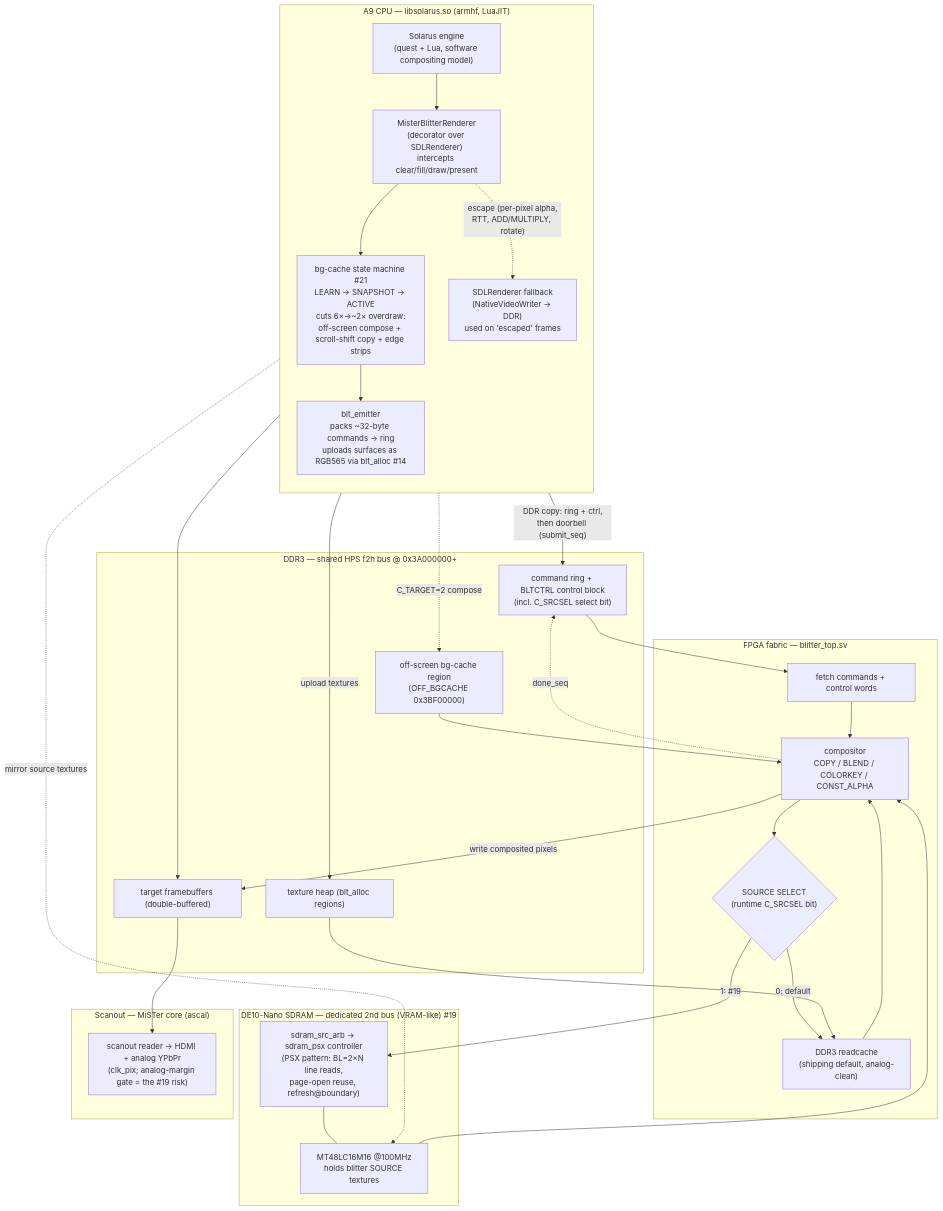
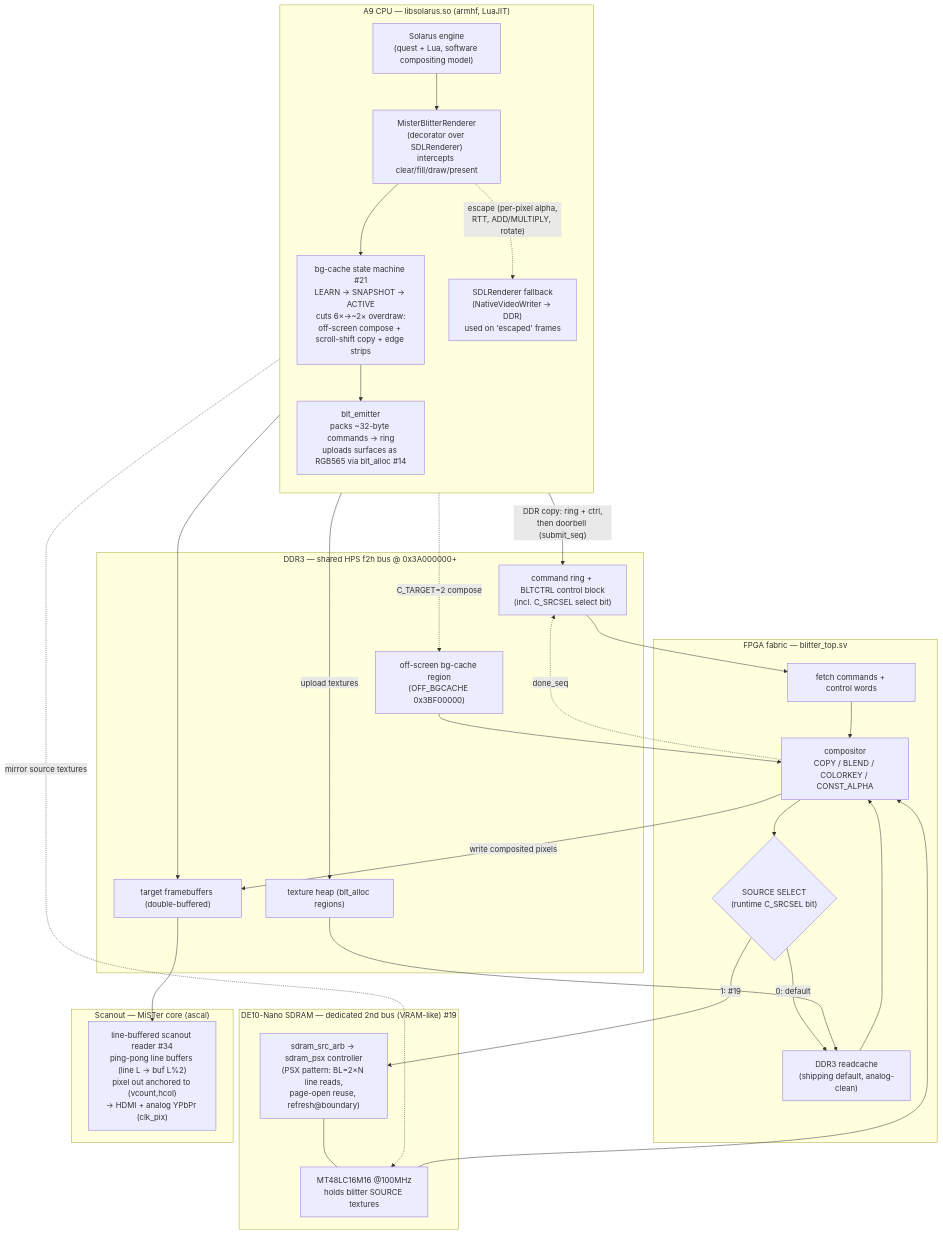
The first of 2 diagrams in docs/frame-dataflow.md (gmcnaught/solarus-mister), drawn with Mermaid before and after one commit. The commit also changed other lines of this file and 2 other files, not shown here.

Commit message:
docs(#34): line-buffered scanout implemented — spec status, dataflow, plan

````diff
--- a/docs/frame-dataflow.md
+++ b/docs/frame-dataflow.md
@@ -14,56 +14,56 @@
 ```mermaid
 flowchart TB
     subgraph A9["A9 CPU — libsolarus.so (armhf, LuaJIT)"]
         direction TB
         ENG["Solarus engine<br/>(quest + Lua, software compositing model)"]
         REND["MisterBlitterRenderer<br/>(decorator over SDLRenderer)<br/>intercepts clear/fill/draw/present"]
         BG["bg-cache state machine #21<br/>LEARN → SNAPSHOT → ACTIVE<br/>cuts 6×→~2× overdraw:<br/>off-screen compose + scroll-shift copy + edge strips"]
         EM["blt_emitter<br/>packs ~32-byte commands → ring<br/>uploads surfaces as RGB565 via blt_alloc #14"]
         SDL["SDLRenderer fallback<br/>(NativeVideoWriter → DDR)<br/>used on 'escaped' frames"]
         ENG --> REND --> BG --> EM
         REND -. escape (per-pixel alpha,<br/>RTT, ADD/MULTIPLY, rotate) .-> SDL
     end
 
     subgraph DDR3["DDR3 — shared HPS f2h bus @ 0x3A000000+"]
         RING["command ring + BLTCTRL control block<br/>(incl. C_SRCSEL select bit)"]
         TEX["texture heap (blt_alloc regions)"]
         BGC["off-screen bg-cache region<br/>(OFF_BGCACHE 0x3BF00000)"]
         FB["target framebuffers (double-buffered)"]
     end
 
     subgraph SDRAM["DE10-Nano SDRAM — dedicated 2nd bus (VRAM-like) #19"]
         SDC["sdram_src_arb → sdram_psx controller<br/>(PSX pattern: BL=2×N line reads,<br/>page-open reuse, refresh@boundary)"]
         CHIP["MT48LC16M16 @100MHz<br/>holds blitter SOURCE textures"]
         SDC --- CHIP
     end
 
     subgraph FAB["FPGA fabric — blitter_top.sv"]
         FETCH["fetch commands + control words"]
         SRCSEL{"SOURCE SELECT<br/>(runtime C_SRCSEL bit)"}
         RC["DDR3 readcache<br/>(shipping default, analog-clean)"]
         COMP["compositor<br/>COPY / BLEND / COLORKEY / CONST_ALPHA"]
         FETCH --> COMP
         COMP --> SRCSEL
         SRCSEL -- "0: default" --> RC
         SRCSEL -- "1: #19" --> SDC
     end
 
     subgraph OUT["Scanout — MiSTer core (ascal)"]
-        SCAN["scanout reader → HDMI + analog YPbPr<br/>(clk_pix; analog-margin gate = the #19 risk)"]
+        SCAN["line-buffered scanout reader #34<br/>ping-pong line buffers (line L → buf L%2)<br/>pixel out anchored to (vcount,hcol)<br/>→ HDMI + analog YPbPr (clk_pix)"]
     end
 
     EM -- "DDR copy: ring + ctrl,<br/>then doorbell (submit_seq)" --> RING
     EM -- upload textures --> TEX
     EM -. mirror source textures .-> CHIP
     SDL --> FB
 
     RING --> FETCH
     BG -. C_TARGET=2 compose .-> BGC
     BGC --> COMP
     TEX --> RC
     RC --> COMP
     CHIP --> COMP
     COMP -- "write composited pixels" --> FB
     COMP -. done_seq .-> RING
     FB --> SCAN
 ```
````
